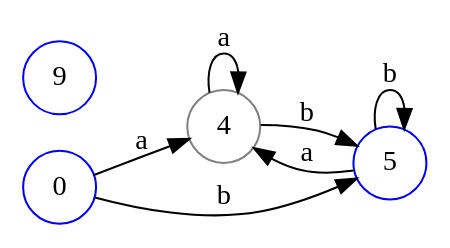
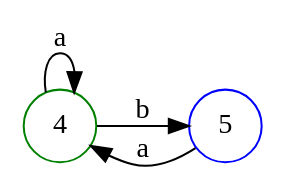
Before and after one commit to mouadd9/automaton_project: the diagram in Automate.dot, drawn with Graphviz. The commit also changed 7 other files, not shown here.

```diff
--- a/Automate.dot
+++ b/Automate.dot
@@ -1,14 +1,11 @@
 digraph automate {
 	rankdir=LR;
 	node [shape = circle, color = gray];
 	4 -> 5 [label=b];
 	5 -> 4 [label=a];
 	4 -> 4 [label=a];
-	0 -> 5 [label=b];
-	0 -> 4 [label=a];
-	5 -> 5 [label=b];
-	0 [color=green];
-	9 [color=blue];
-	0 [color=blue];
+	4 [color=black];
+	5 [color=black];
+	4 [color=green];
 	5 [color=blue];
 }
```
